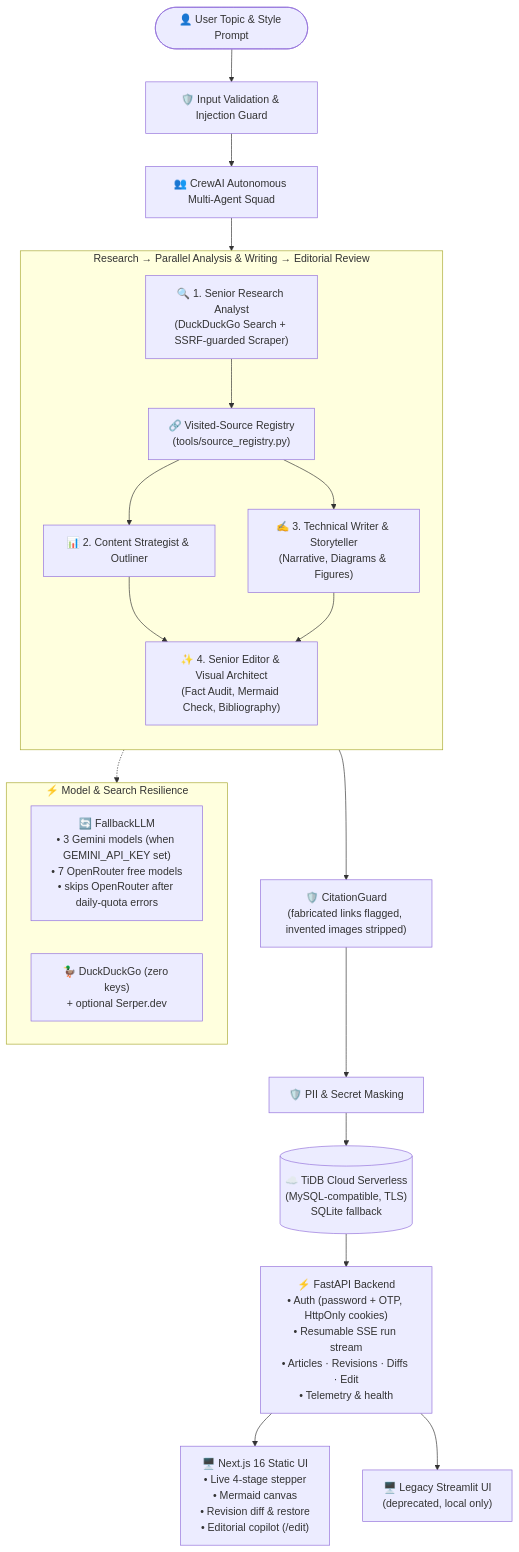
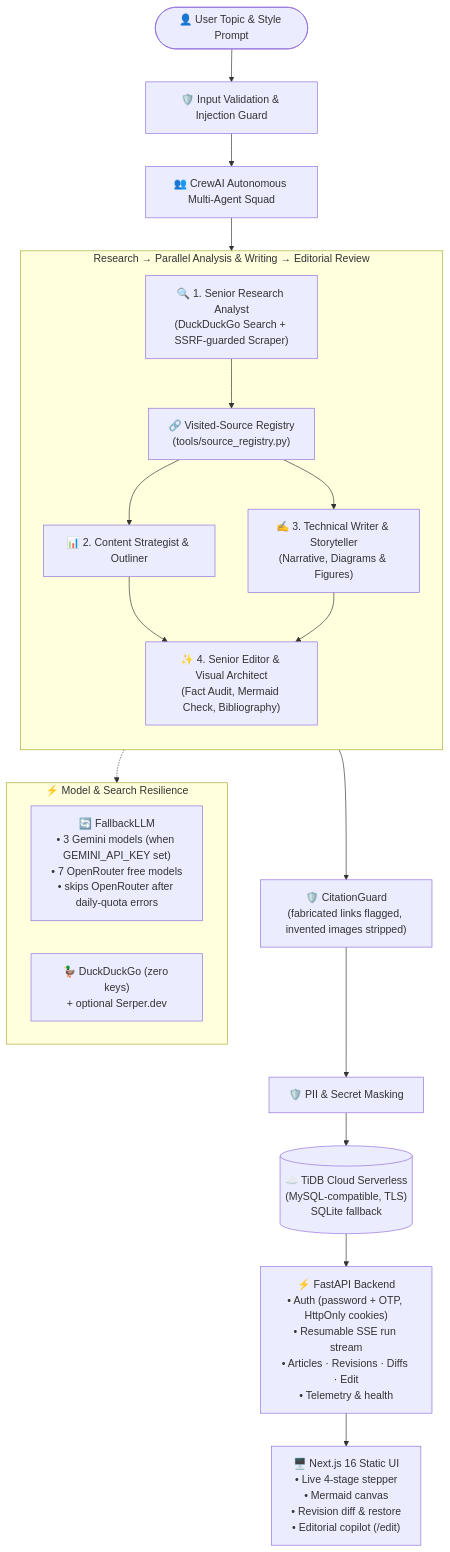
Before and after one commit to Arjit005/research-and-blog-writer: the diagram in README.md, drawn with Mermaid. The commit also changed other lines of this file and 68 other files, not shown here.

````diff
--- a/README.md
+++ b/README.md
@@ -152,36 +160,35 @@
 ```mermaid
 flowchart TD
     User(["👤 User Topic & Style Prompt"]) --> Guard["🛡️ Input Validation & Injection Guard"]
     Guard --> Crew["👥 CrewAI Autonomous Multi-Agent Squad"]
 
     subgraph Crew_Pipeline["Research → Parallel Analysis & Writing → Editorial Review"]
         direction TB
         Agent1["🔍 1. Senior Research Analyst\n(DuckDuckGo Search + SSRF-guarded Scraper)"]
         Registry["🔗 Visited-Source Registry\n(tools/source_registry.py)"]
         Agent2["📊 2. Content Strategist & Outliner"]
         Agent3["✍️ 3. Technical Writer & Storyteller\n(Narrative, Diagrams & Figures)"]
         Agent4["✨ 4. Senior Editor & Visual Architect\n(Fact Audit, Mermaid Check, Bibliography)"]
 
         Agent1 --> Registry
         Registry --> Agent2
         Registry --> Agent3
         Agent2 --> Agent4
         Agent3 --> Agent4
     end
 
     Crew --> Crew_Pipeline
     Agent4 --> CitationGuard["🛡️ CitationGuard\n(fabricated links flagged, invented images stripped)"]
     CitationGuard --> PII["🛡️ PII & Secret Masking"]
     PII --> DB[("☁️ TiDB Cloud Serverless\n(MySQL-compatible, TLS)\nSQLite fallback")]
 
     DB --> API["⚡ FastAPI Backend\n• Auth (password + OTP, HttpOnly cookies)\n• Resumable SSE run stream\n• Articles · Revisions · Diffs · Edit\n• Telemetry & health"]
     API --> Web["🖥️ Next.js 16 Static UI\n• Live 4-stage stepper\n• Mermaid canvas\n• Revision diff & restore\n• Editorial copilot (/edit)"]
-    API --> Legacy["🖥️ Legacy Streamlit UI\n(deprecated, local only)"]
 
     subgraph Resilience["⚡ Model & Search Resilience"]
         LLMFallback["🔄 FallbackLLM\n• 3 Gemini models (when GEMINI_API_KEY set)\n• 7 OpenRouter free models\n• skips OpenRouter after daily-quota errors"]
         FreeSearch["🦆 DuckDuckGo (zero keys)\n+ optional Serper.dev"]
     end
 
     Crew_Pipeline -.-> Resilience
 ```
````
